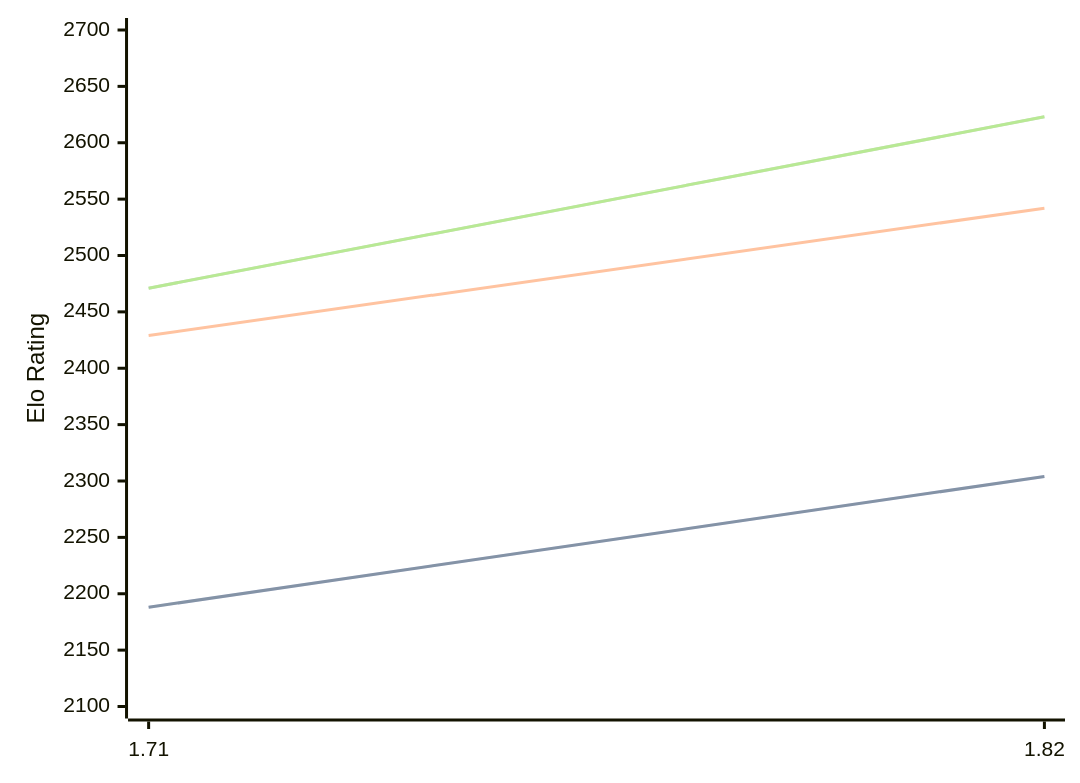
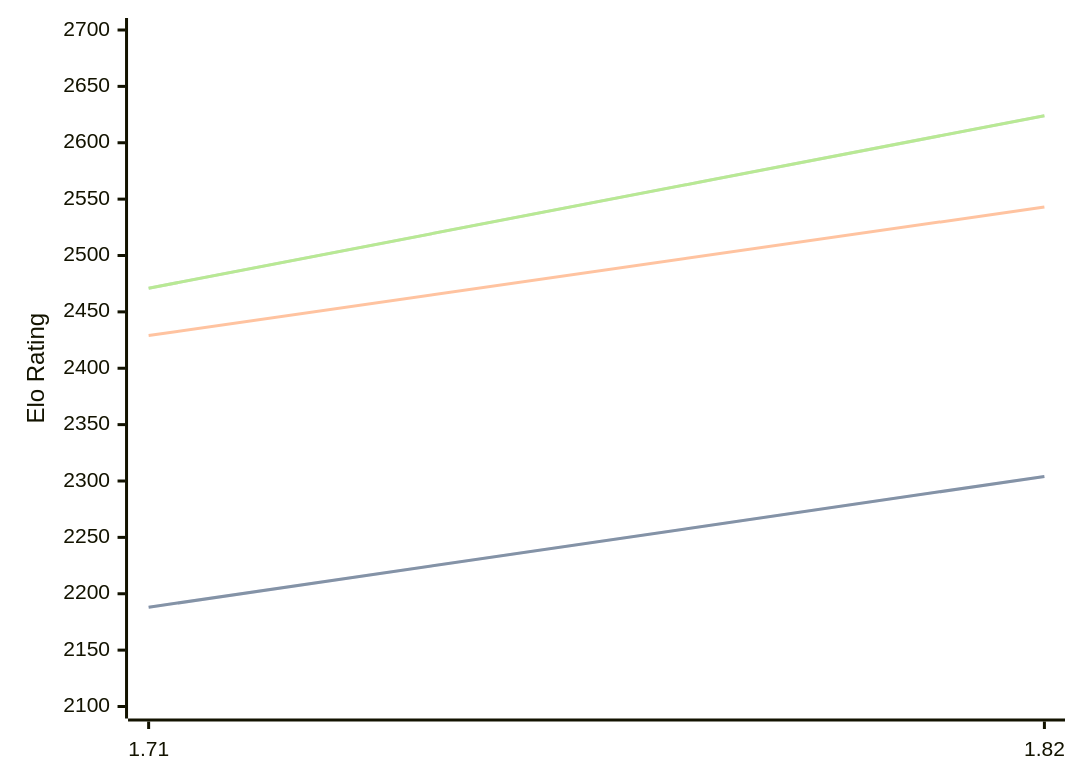
Before and after one commit to computer-chess-index/cci: the diagram in engines/Amira.md, drawn with Mermaid. The commit also changed other lines of this file, not shown here.

Commit message:
Update CCI Ratings (ELO VLTC) - 2026-09-07

````diff
--- a/engines/Amira.md
+++ b/engines/Amira.md
@@ -32,11 +32,11 @@
 ```mermaid
 %%{init: {"theme":"base","themeVariables":{"seriesColors:['#a3a3a3','#222221','#faa371']}}}%%
 xychart-beta
   x-axis ["1.71", "1.82"]
   y-axis "Elo Rating" 2100 --> 2700
   line "" [2188, 2304]
   line "STC (8.0+0.08s)" [2188, 2304]
-  line "LTC (60.0+0.60s)" [2429, 2542]
-  line "" [2471, 2623]
-  line "VLTC (2m24s+1.12s)" [2471, 2623]
+  line "LTC (60.0+0.60s)" [2429, 2543]
+  line "" [2471, 2624]
+  line "VLTC (2m24s+1.12s)" [2471, 2624]
 ```
````
